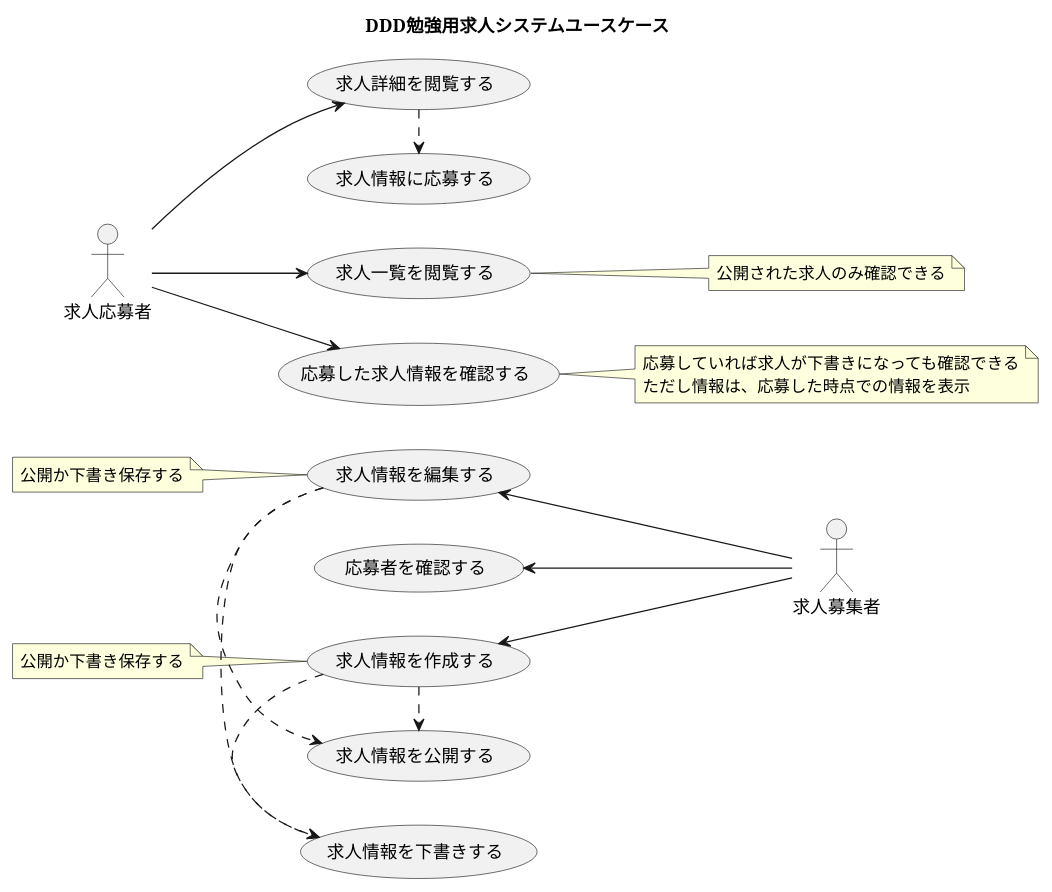
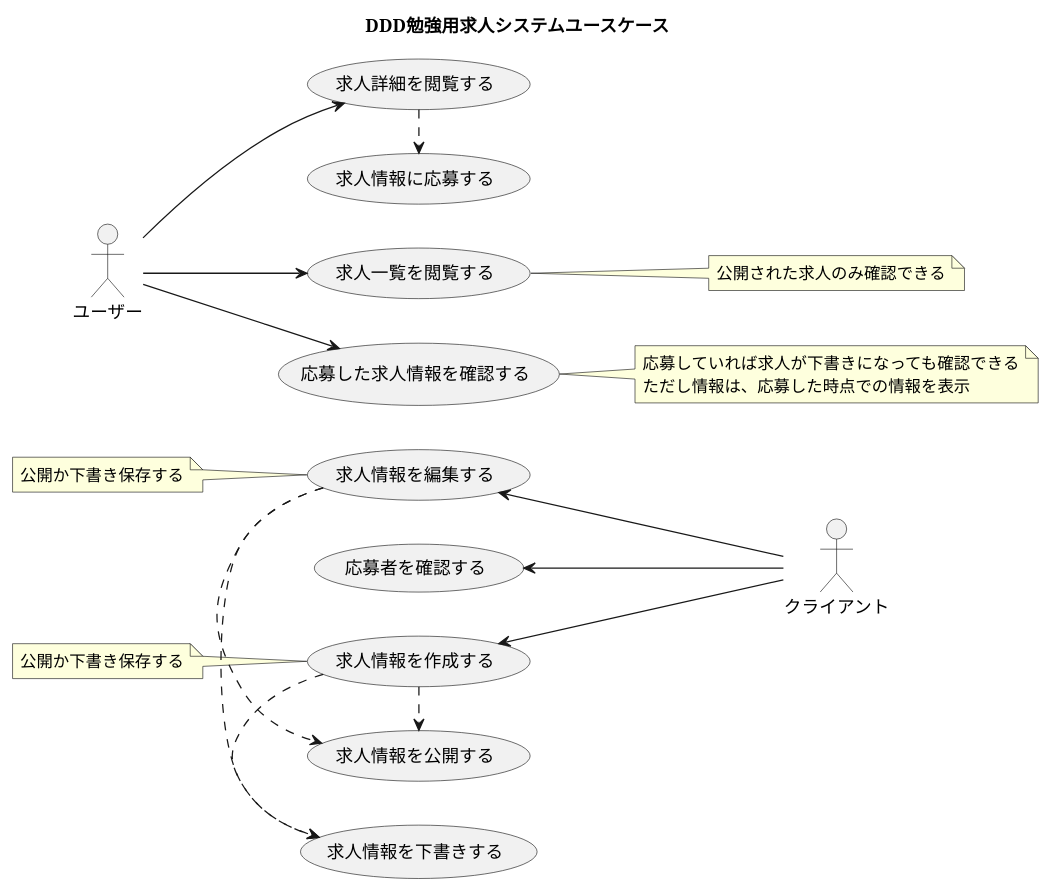
Before and after one commit to MikiWaraMiki/springboot-kotlin-job-offer-sample-ddd: the diagram in docs/usecase/usecase.puml, drawn with PlantUML. The commit also changed 1 other file, not shown here.

```diff
--- a/docs/usecase/usecase.puml
+++ b/docs/usecase/usecase.puml
@@ -1,36 +1,36 @@
 @startuml
 title "DDD勉強用求人システムユースケース"
 'https://plantuml.com/use-case-diagram
 left to right direction
 
-:求人募集者: as Client
-:求人応募者: as User
+:クライアント: as Client
+:ユーザー: as User
 
 (求人情報を作成する) as (CreateJobOffer)
 (求人情報を編集する) as (EditJobOffer)
 (求人情報を公開する) as (PublicJobOffer)
 (求人情報を下書きする) as (DraftJobOffer)
 (応募者を確認する) as (ShowJobApplicationUserList)
 (求人一覧を閲覧する) as (ShowJobOfferList)
 (求人詳細を閲覧する) as (ShowJobOffer)
 (求人情報に応募する) as (JobApplication)
 (応募した求人情報を確認する) as (ShowJobApplicationHistory)
 
 (CreateJobOffer) <-- Client
 (CreateJobOffer) .> (DraftJobOffer)
 (CreateJobOffer) .> (PublicJobOffer)
 (EditJobOffer) <-- Client
 (EditJobOffer) .> (PublicJobOffer)
 (EditJobOffer) .> (DraftJobOffer)
 (ShowJobApplicationUserList) <-- Client
 
 User --> (ShowJobOfferList)
 User --> (ShowJobOffer)
 (ShowJobOffer) .> (JobApplication)
 User --> (ShowJobApplicationHistory)
 
 note left of (CreateJobOffer) : 公開か下書き保存する
 note left of (EditJobOffer) : 公開か下書き保存する
 note right of (ShowJobOfferList) : 公開された求人のみ確認できる
 note right of (ShowJobApplicationHistory) : 応募していれば求人が下書きになっても確認できる\nただし情報は、応募した時点での情報を表示
 @enduml
```
